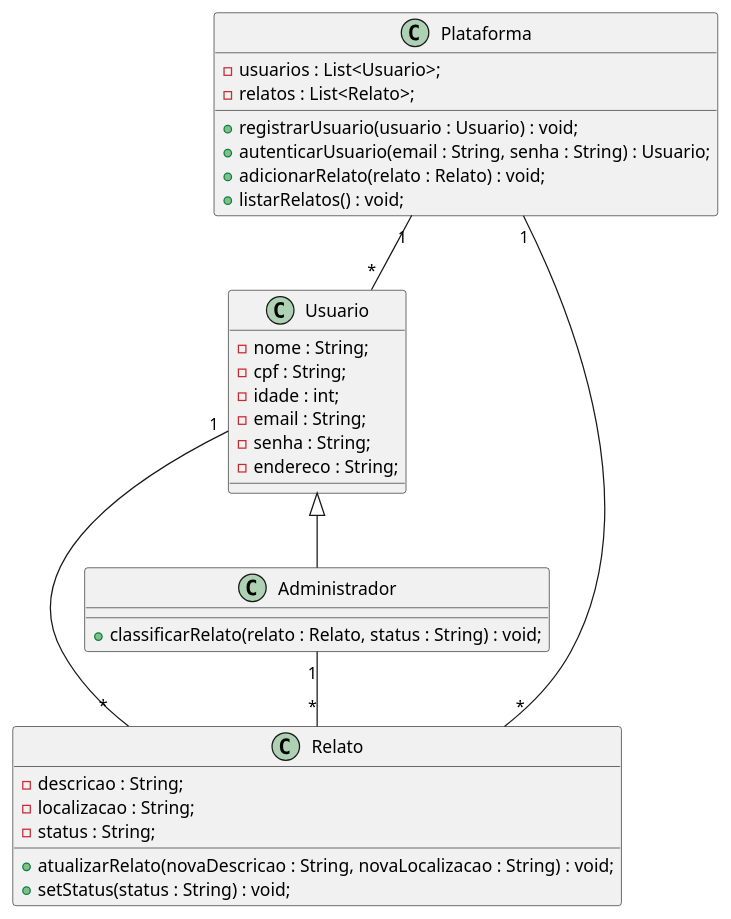
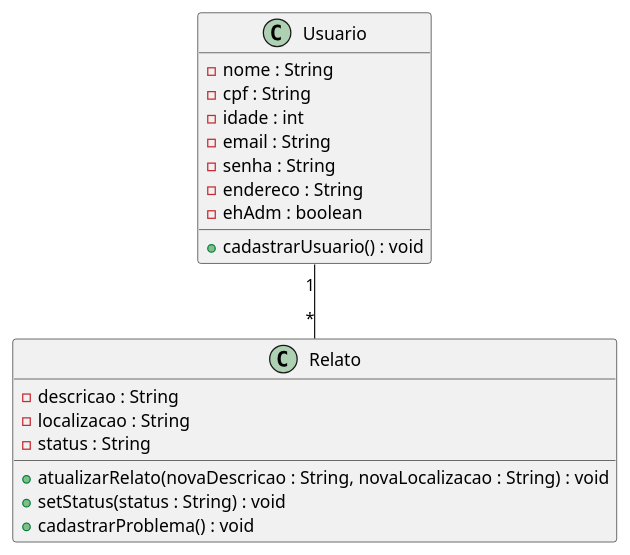
One commit to RenataArdito/Alerta-ADS changed the diagram in ClassDiagram.md. Above: the diagram before and after it, drawn with PlantUML.

````diff
--- a/ClassDiagram.md
+++ b/ClassDiagram.md
@@ -1,41 +1,25 @@
-```plantuml
 @startuml
 
 class Usuario {
-   - nome : String;
-   - cpf : String;
-   - idade : int;
-   - email : String;
-   - senha : String;
-   - endereco : String;
+   - nome : String
+   - cpf : String
+   - idade : int
+   - email : String
+   - senha : String
+   - endereco : String
+   - ehAdm : boolean
+   + cadastrarUsuario() : void
 }
 
 class Relato {
-   - descricao : String;
-   - localizacao : String;
-   - status : String;
-   + atualizarRelato(novaDescricao : String, novaLocalizacao : String) : void;
-   + setStatus(status : String) : void;
+   - descricao : String
+   - localizacao : String
+   - status : String
+   + atualizarRelato(novaDescricao : String, novaLocalizacao : String) : void
+   + setStatus(status : String) : void
+   + cadastrarProblema() : void
 }
 
-class Administrador {
-   + classificarRelato(relato : Relato, status : String) : void;
-}
-
-class Plataforma {
-   - usuarios : List<Usuario>;
-   - relatos : List<Relato>;
-   + registrarUsuario(usuario : Usuario) : void;
-   + autenticarUsuario(email : String, senha : String) : Usuario;
-   + adicionarRelato(relato : Relato) : void;
-   + listarRelatos() : void;
-}
-
-Usuario <|-- Administrador
 Usuario "1" -- "*" Relato
-Administrador "1" -- "*" Relato
-Plataforma "1" -- "*" Usuario
-Plataforma "1" -- "*" Relato
 
 @enduml
-```
````
